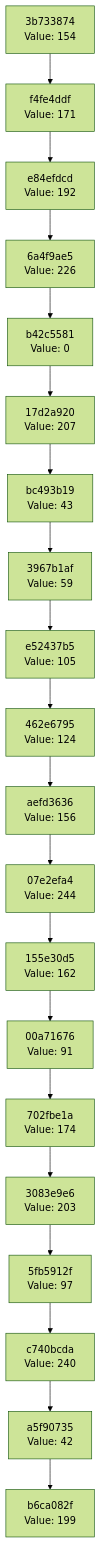
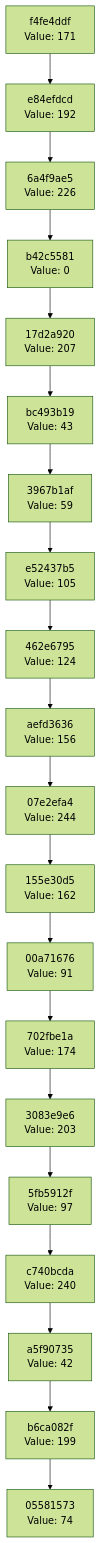
One commit to Abhisheksinha1506/hash-chain-evolver changed the diagram in docs/CHAIN_VISUALIZATION.md. Above: the diagram before and after it, drawn with Mermaid (forest theme). The commit also changed 3 other files, not shown here.

````diff
--- a/docs/CHAIN_VISUALIZATION.md
+++ b/docs/CHAIN_VISUALIZATION.md
@@ -3,42 +3,42 @@
 ```mermaid
 graph TD
-    C0["b6ca082f<br/>Value: 199"]
-    C1["a5f90735<br/>Value: 42"]
+    C0["05581573<br/>Value: 74"]
+    C1["b6ca082f<br/>Value: 199"]
     C1 --> C0
-    C2["c740bcda<br/>Value: 240"]
+    C2["a5f90735<br/>Value: 42"]
     C2 --> C1
-    C3["5fb5912f<br/>Value: 97"]
+    C3["c740bcda<br/>Value: 240"]
     C3 --> C2
-    C4["3083e9e6<br/>Value: 203"]
+    C4["5fb5912f<br/>Value: 97"]
     C4 --> C3
-    C5["702fbe1a<br/>Value: 174"]
+    C5["3083e9e6<br/>Value: 203"]
     C5 --> C4
-    C6["00a71676<br/>Value: 91"]
+    C6["702fbe1a<br/>Value: 174"]
     C6 --> C5
-    C7["155e30d5<br/>Value: 162"]
+    C7["00a71676<br/>Value: 91"]
     C7 --> C6
-    C8["07e2efa4<br/>Value: 244"]
+    C8["155e30d5<br/>Value: 162"]
     C8 --> C7
-    C9["aefd3636<br/>Value: 156"]
+    C9["07e2efa4<br/>Value: 244"]
     C9 --> C8
-    C10["462e6795<br/>Value: 124"]
+    C10["aefd3636<br/>Value: 156"]
     C10 --> C9
-    C11["e52437b5<br/>Value: 105"]
+    C11["462e6795<br/>Value: 124"]
     C11 --> C10
-    C12["3967b1af<br/>Value: 59"]
+    C12["e52437b5<br/>Value: 105"]
     C12 --> C11
-    C13["bc493b19<br/>Value: 43"]
+    C13["3967b1af<br/>Value: 59"]
     C13 --> C12
-    C14["17d2a920<br/>Value: 207"]
+    C14["bc493b19<br/>Value: 43"]
     C14 --> C13
-    C15["b42c5581<br/>Value: 0"]
+    C15["17d2a920<br/>Value: 207"]
     C15 --> C14
-    C16["6a4f9ae5<br/>Value: 226"]
+    C16["b42c5581<br/>Value: 0"]
     C16 --> C15
-    C17["e84efdcd<br/>Value: 192"]
+    C17["6a4f9ae5<br/>Value: 226"]
     C17 --> C16
-    C18["f4fe4ddf<br/>Value: 171"]
+    C18["e84efdcd<br/>Value: 192"]
     C18 --> C17
-    C19["3b733874<br/>Value: 154"]
+    C19["f4fe4ddf<br/>Value: 171"]
     C19 --> C18
 ```
````
